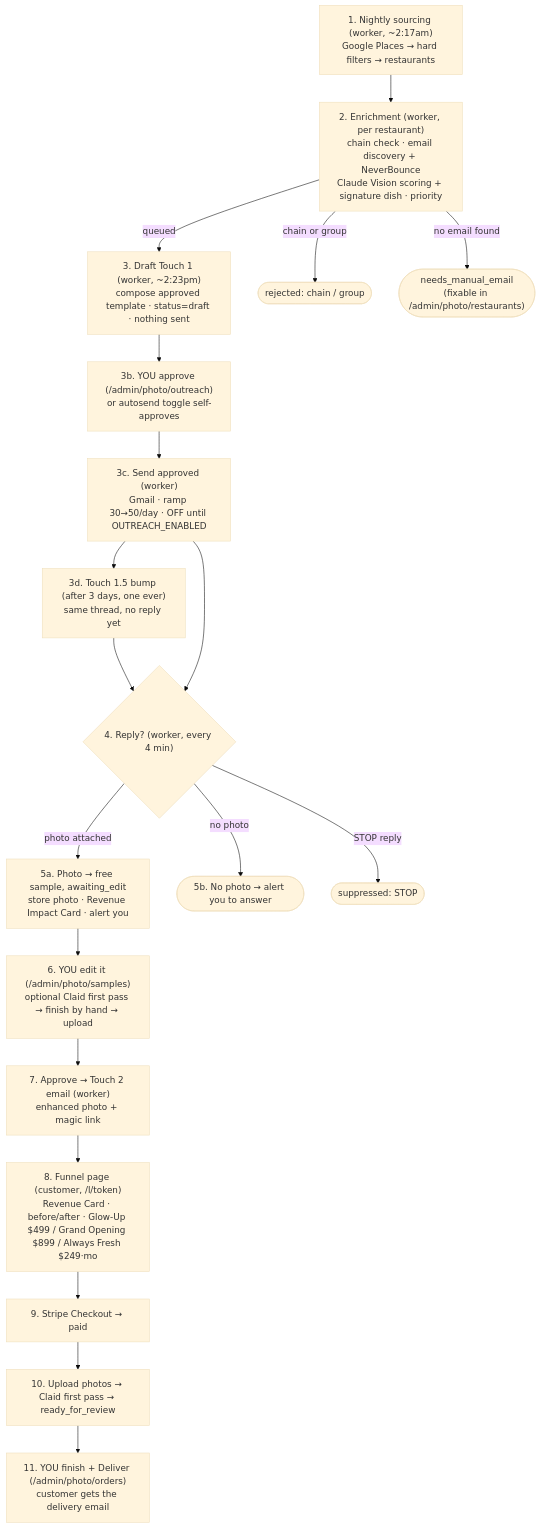
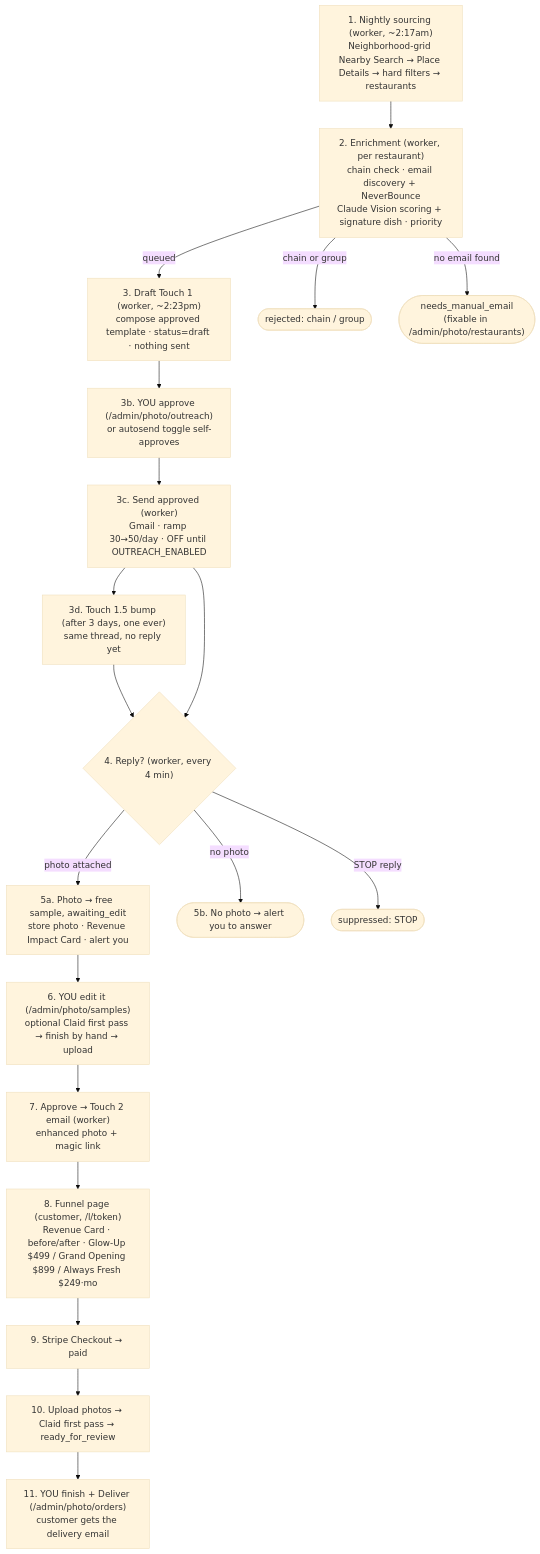
Before and after one commit to enriquehernandezit-oss/clickworthy: the first of 2 diagrams in PIPELINE.md, drawn with Mermaid (base theme). The commit also changed other lines of this file and 13 other files, not shown here.

First line of the commit message:
feat: neighborhood-grid sourcing to target independent restaurants

````diff
--- a/PIPELINE.md
+++ b/PIPELINE.md
@@ -21,41 +21,41 @@
 ```mermaid
 flowchart TD
-    S1["1. Nightly sourcing (worker, ~2:17am)<br/>Google Places → hard filters → restaurants"]
+    S1["1. Nightly sourcing (worker, ~2:17am)<br/>Neighborhood-grid Nearby Search → Place Details → hard filters → restaurants"]
     S2["2. Enrichment (worker, per restaurant)<br/>chain check · email discovery + NeverBounce<br/>Claude Vision scoring + signature dish · priority"]
     S3d["3. Draft Touch 1 (worker, ~2:23pm)<br/>compose approved template · status=draft · nothing sent"]
     S3a["3b. YOU approve (/admin/photo/outreach)<br/>or autosend toggle self-approves"]
     S3["3c. Send approved (worker)<br/>Gmail · ramp 30→50/day · OFF until OUTREACH_ENABLED"]
     S3b["3d. Touch 1.5 bump (after 3 days, one ever)<br/>same thread, no reply yet"]
     S4{"4. Reply? (worker, every 4 min)"}
     S5["5a. Photo → free sample, awaiting_edit<br/>store photo · Revenue Impact Card · alert you"]
     S5b(["5b. No photo → alert you to answer"])
     S6["6. YOU edit it (/admin/photo/samples)<br/>optional Claid first pass → finish by hand → upload"]
     S7["7. Approve → Touch 2 email (worker)<br/>enhanced photo + magic link"]
     S8["8. Funnel page (customer, /l/token)<br/>Revenue Card · before/after · Glow-Up $499 / Grand Opening $899 / Always Fresh $249·mo"]
     S9["9. Stripe Checkout → paid"]
     S10["10. Upload photos → Claid first pass → ready_for_review"]
     S11["11. YOU finish + Deliver (/admin/photo/orders)<br/>customer gets the delivery email"]
 
     RJ(["rejected: chain / group"])
     MM(["needs_manual_email<br/>(fixable in /admin/photo/restaurants)"])
     SUP(["suppressed: STOP"])
 
     S1 --> S2
     S2 -->|chain or group| RJ
     S2 -->|no email found| MM
     S2 -->|queued| S3d
     S3d --> S3a
     S3a --> S3
     S3 --> S3b
     S3b --> S4
     S3 --> S4
     S4 -->|STOP reply| SUP
     S4 -->|photo attached| S5
     S4 -->|no photo| S5b
     S5 --> S6
     S6 --> S7
     S7 --> S8
     S8 --> S9
     S9 --> S10
     S10 --> S11
 ```
````
